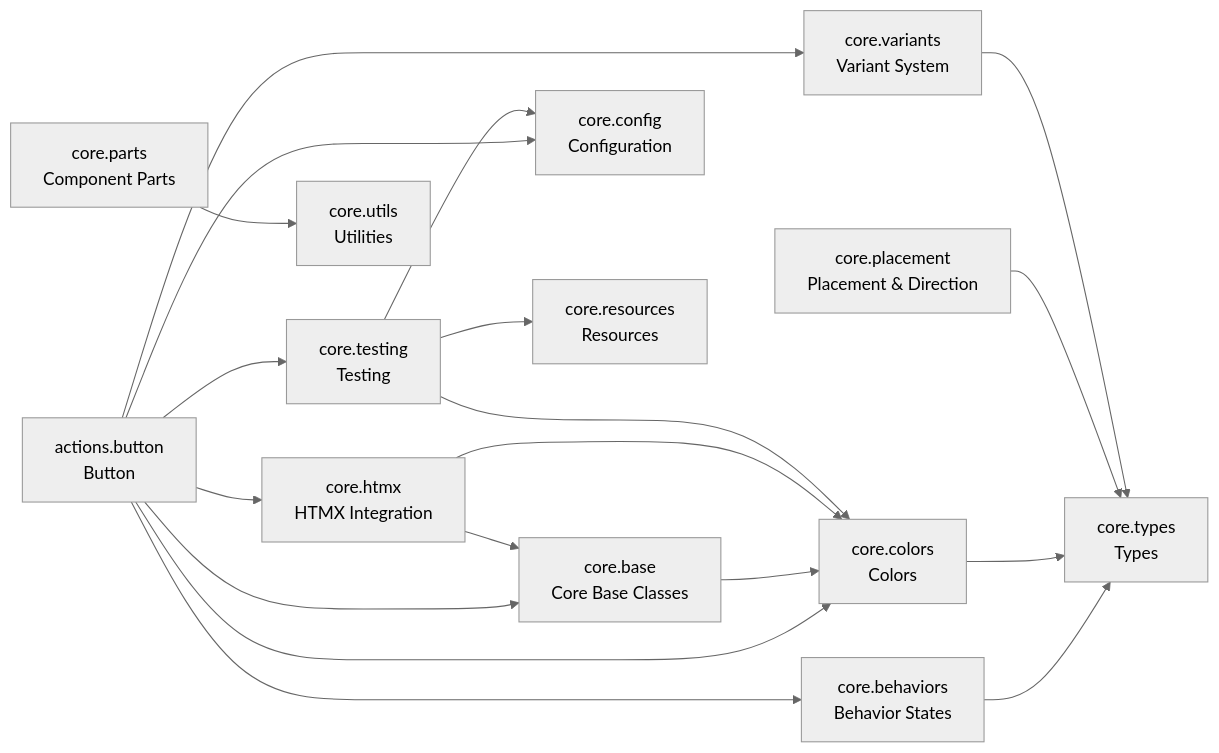
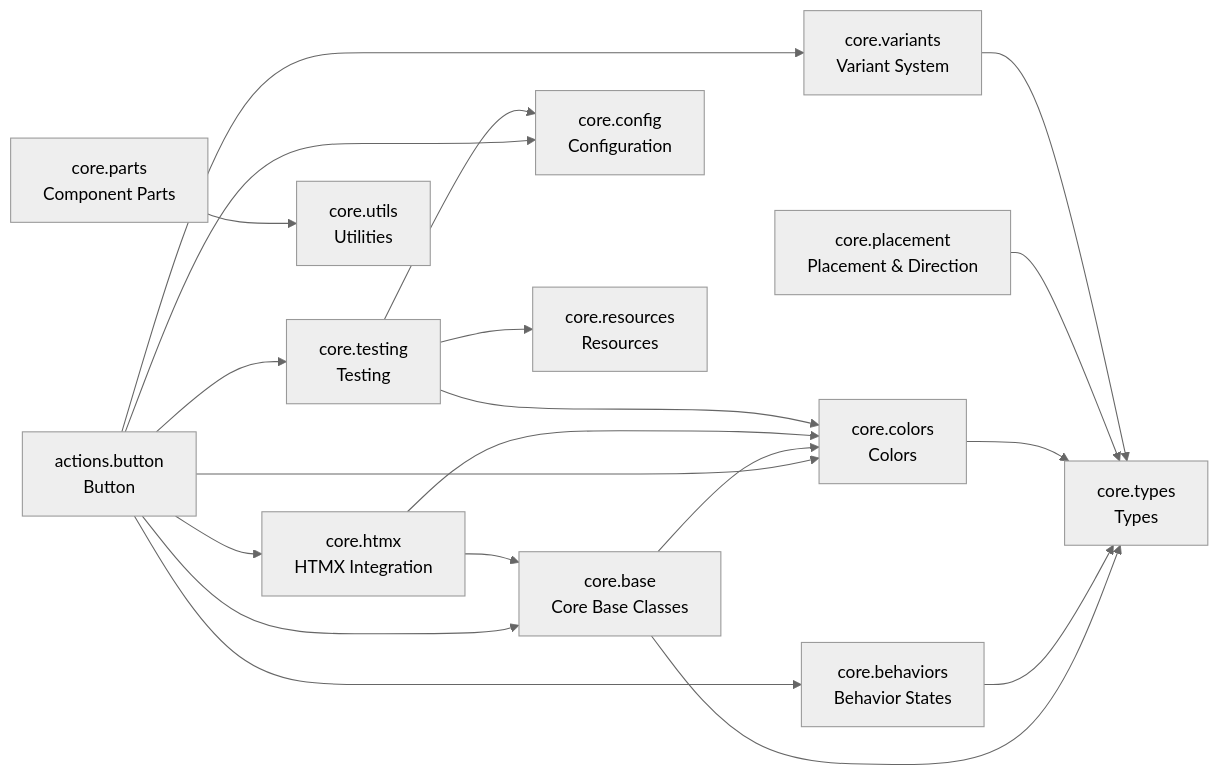
One commit to cj-mills/cjm-fasthtml-daisyui changed the diagram in README.md. Above: the diagram before and after it, drawn with Mermaid (neutral theme). The commit also changed other lines of this file and 9 other files, not shown here.

````diff
--- a/README.md
+++ b/README.md
@@ -45,35 +45,36 @@
 ``` mermaid
 graph LR
     actions_button[actions.button<br/>Button]
     core_base[core.base<br/>Core Base Classes]
     core_behaviors[core.behaviors<br/>Behavior States]
     core_colors[core.colors<br/>Colors]
     core_config[core.config<br/>Configuration]
     core_htmx[core.htmx<br/>HTMX Integration]
     core_parts[core.parts<br/>Component Parts]
     core_placement[core.placement<br/>Placement & Direction]
     core_resources[core.resources<br/>Resources]
     core_testing[core.testing<br/>Testing]
     core_types[core.types<br/>Types]
     core_utils[core.utils<br/>Utilities]
     core_variants[core.variants<br/>Variant System]
 
+    actions_button --> core_colors
+    actions_button --> core_variants
+    actions_button --> core_base
+    actions_button --> core_config
+    actions_button --> core_htmx
+    actions_button --> core_behaviors
     actions_button --> core_testing
-    actions_button --> core_variants
-    actions_button --> core_htmx
-    actions_button --> core_colors
-    actions_button --> core_base
-    actions_button --> core_behaviors
-    actions_button --> core_config
     core_base --> core_colors
+    core_base --> core_types
     core_behaviors --> core_types
     core_colors --> core_types
     core_htmx --> core_colors
     core_htmx --> core_base
     core_parts --> core_utils
     core_placement --> core_types
     core_testing --> core_colors
     core_testing --> core_config
     core_testing --> core_resources
     core_variants --> core_types
 ```
````
